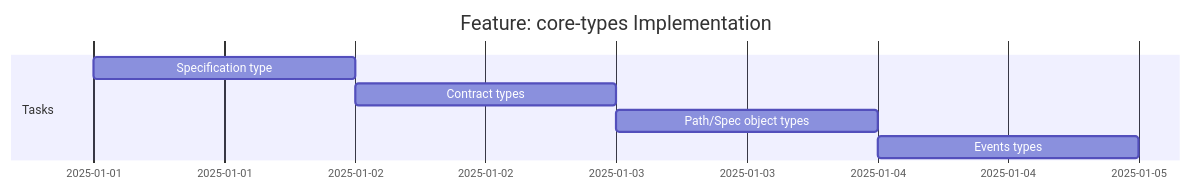
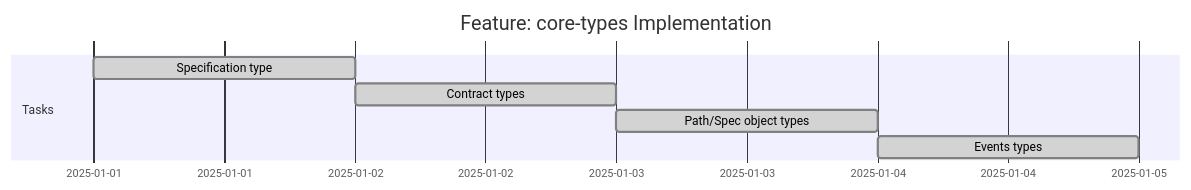
Before and after one commit to ContractedAPI/deno: the diagram in tracker/openapi-transpiler/epic-spec-types/feature-core-types/FEATURE_CHECKLIST.md, drawn with Mermaid. The commit also changed other lines of this file and 1 other file, not shown here.

Commit message:
docs: complete task-events-module and feature-core-types checklists

````diff
--- a/tracker/openapi-transpiler/epic-spec-types/feature-core-types/FEATURE_CHECKLIST.md
+++ b/tracker/openapi-transpiler/epic-spec-types/feature-core-types/FEATURE_CHECKLIST.md
@@ -5,10 +5,10 @@
 ```mermaid
 gantt
     title Feature: core-types Implementation
     dateFormat  YYYY-MM-DD
     section Tasks
-        Specification type       :st, 2025-01-01, 1d
-        Contract types           :ct, after st, 1d
-        Path/Spec object types   :ps, after ct, 1d
-        Events types             :et, after ps, 1d
+        Specification type       :done, st, 2025-01-01, 1d
+        Contract types           :done, ct, after st, 1d
+        Path/Spec object types   :done, ps, after ct, 1d
+        Events types             :done, et, after ps, 1d
 ```
````
